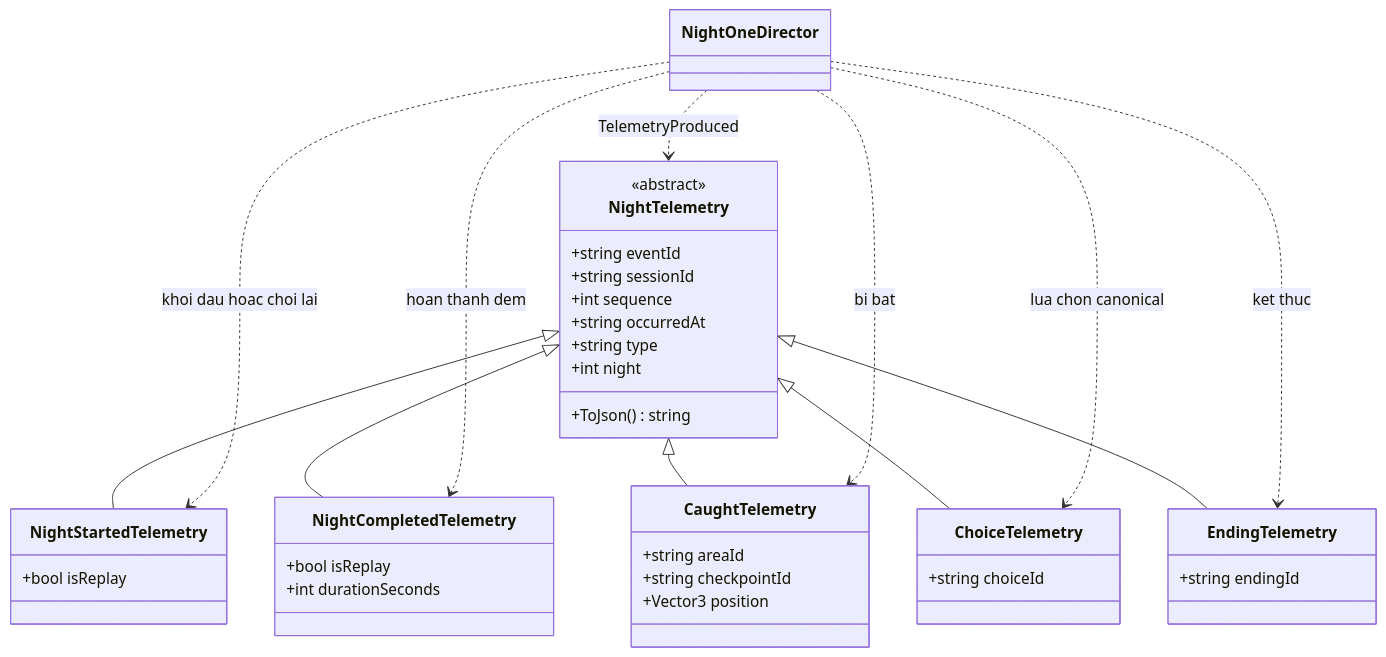
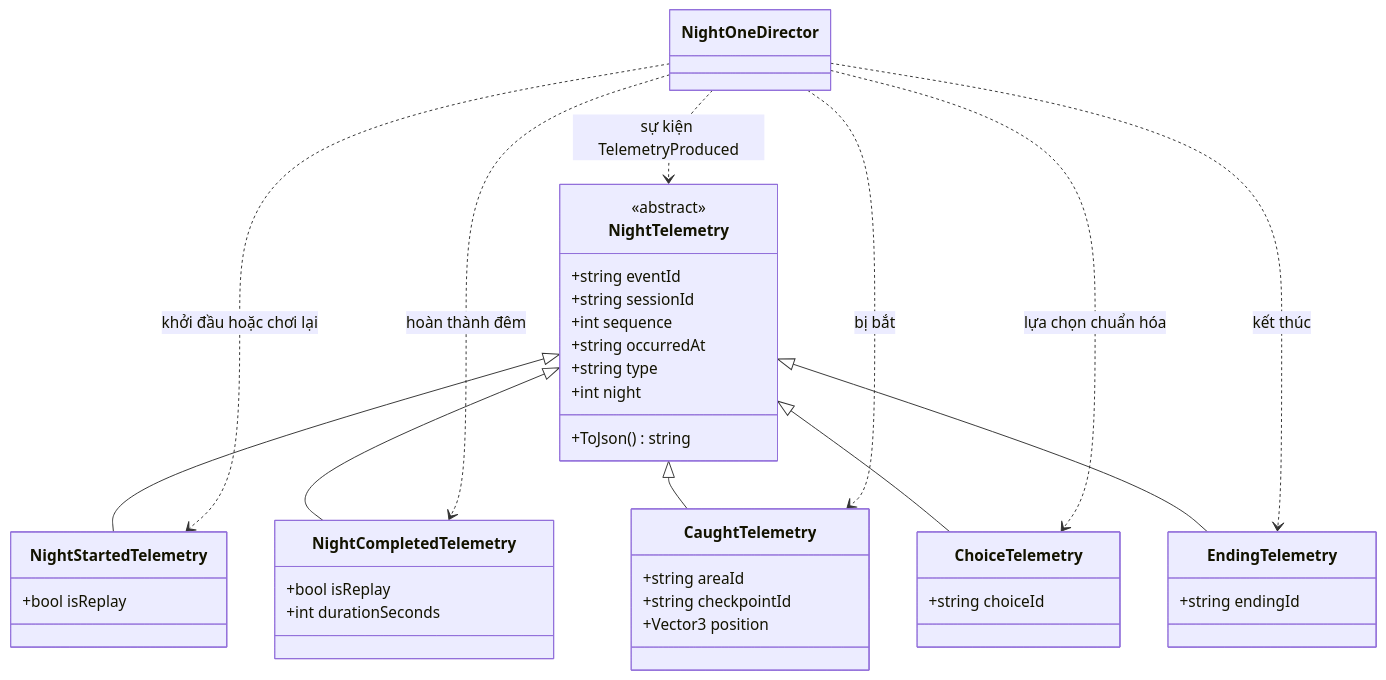
The fifth of 5 diagrams in docs/thiet-ke/luoc-do-lop-game.md (qivarnq3g/3-gio-12), drawn with Mermaid before and after one commit. The commit also changed other lines of this file, not shown here.

````diff
--- a/docs/thiet-ke/luoc-do-lop-game.md
+++ b/docs/thiet-ke/luoc-do-lop-game.md
@@ -315,43 +315,43 @@
 ```mermaid
 classDiagram
     direction TB
     class NightTelemetry {
         <<abstract>>
         +string eventId
         +string sessionId
         +int sequence
         +string occurredAt
         +string type
         +int night
         +ToJson() string
     }
     class NightStartedTelemetry {
         +bool isReplay
     }
     class NightCompletedTelemetry {
         +bool isReplay
         +int durationSeconds
     }
     class CaughtTelemetry {
         +string areaId
         +string checkpointId
         +Vector3 position
     }
     class ChoiceTelemetry {
         +string choiceId
     }
     class EndingTelemetry {
         +string endingId
     }
     NightTelemetry <|-- NightStartedTelemetry
     NightTelemetry <|-- NightCompletedTelemetry
     NightTelemetry <|-- CaughtTelemetry
     NightTelemetry <|-- ChoiceTelemetry
     NightTelemetry <|-- EndingTelemetry
-    NightOneDirector ..> NightTelemetry : TelemetryProduced
-    NightOneDirector ..> NightStartedTelemetry : khoi dau hoac choi lai
-    NightOneDirector ..> NightCompletedTelemetry : hoan thanh dem
-    NightOneDirector ..> CaughtTelemetry : bi bat
-    NightOneDirector ..> ChoiceTelemetry : lua chon canonical
-    NightOneDirector ..> EndingTelemetry : ket thuc
+    NightOneDirector ..> NightTelemetry : sự kiện TelemetryProduced
+    NightOneDirector ..> NightStartedTelemetry : khởi đầu hoặc chơi lại
+    NightOneDirector ..> NightCompletedTelemetry : hoàn thành đêm
+    NightOneDirector ..> CaughtTelemetry : bị bắt
+    NightOneDirector ..> ChoiceTelemetry : lựa chọn chuẩn hóa
+    NightOneDirector ..> EndingTelemetry : kết thúc
 ```
````
